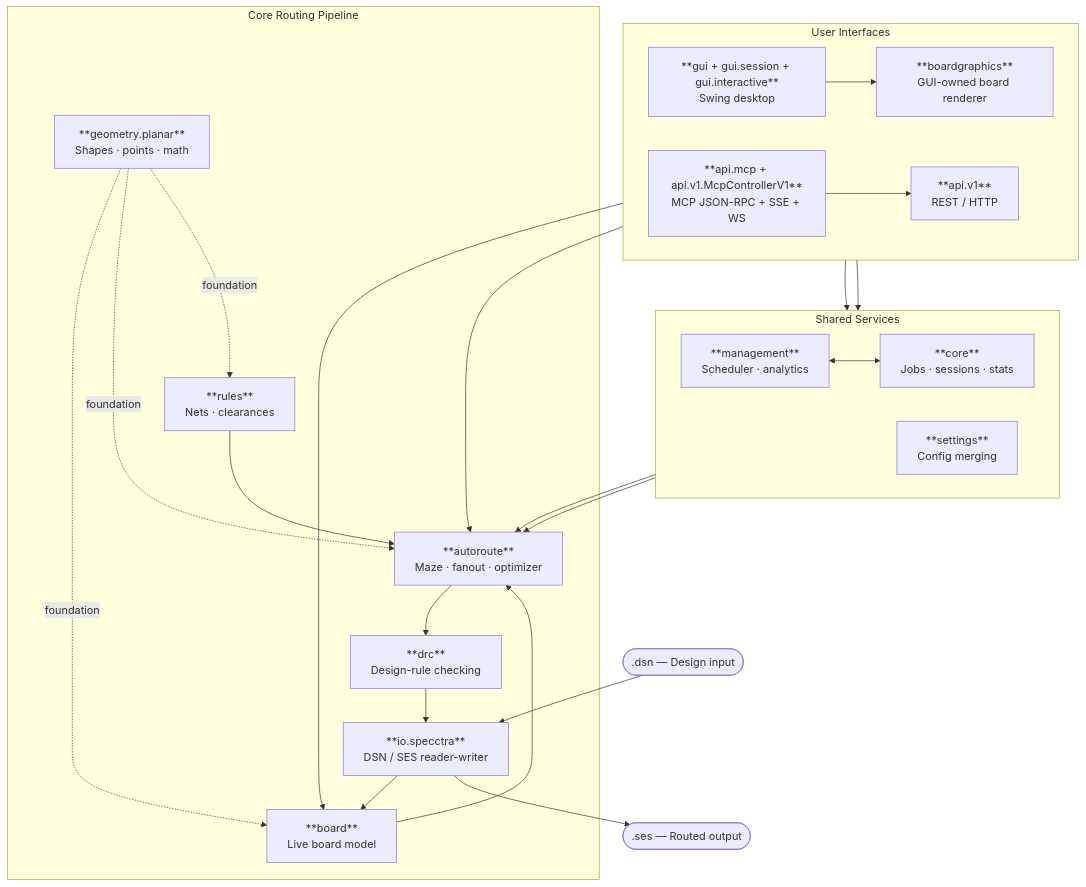
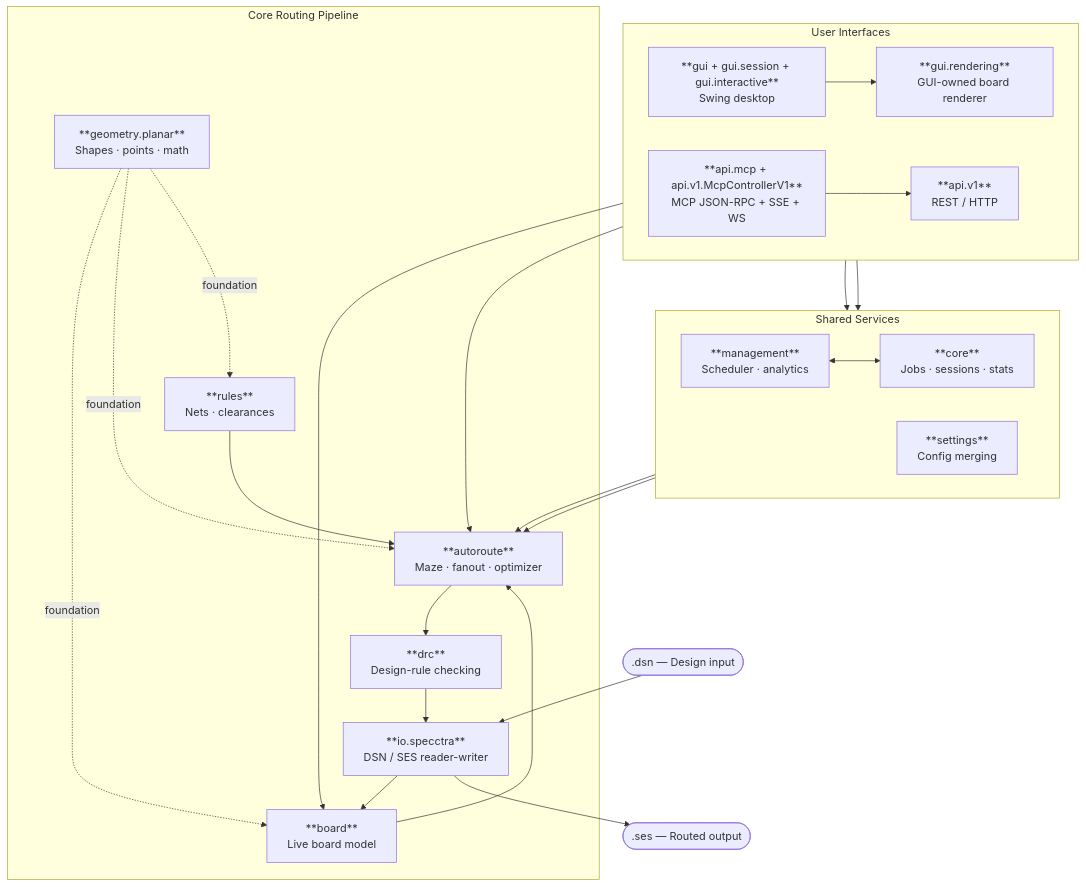
The diagram in docs/architecture.md (freerouting/freerouting), drawn with Mermaid before and after one commit. The commit also changed other lines of this file and 82 other files, not shown here.

First line of the commit message:
Move rendering into GUI-owned package

````diff
--- a/docs/architecture.md
+++ b/docs/architecture.md
@@ -15,46 +15,46 @@
 ```mermaid
 flowchart TD
     DSN([".dsn — Design input"])
     SES([".ses — Routed output"])
 
     subgraph interfaces ["User Interfaces"]
         direction LR
         GUI["**gui + gui.session + gui.interactive**\nSwing desktop"]
-        RENDER["**boardgraphics**\nGUI-owned board renderer"]
+        RENDER["**gui.rendering**\nGUI-owned board renderer"]
         API["**api.v1**\nREST / HTTP"]
         MCP["**api.mcp + api.v1.McpControllerV1**\nMCP JSON-RPC + SSE + WS"]
     end
 
     subgraph services ["Shared Services"]
         direction LR
         MGMT["**management**\nScheduler · analytics"]
         CORE["**core**\nJobs · sessions · stats"]
         CFG["**settings**\nConfig merging"]
     end
 
     subgraph pipeline ["Core Routing Pipeline"]
         IO["**io.specctra**\nDSN / SES reader-writer"]
         BOARD["**board**\nLive board model"]
         RULES["**rules**\nNets · clearances"]
         AR["**autoroute**\nMaze · fanout · optimizer"]
         DRC["**drc**\nDesign-rule checking"]
         GEO["**geometry.planar**\nShapes · points · math"]
     end
 
     DSN --> IO --> BOARD
     RULES --> AR
     BOARD --> AR
     AR --> DRC --> IO --> SES
     GEO -. foundation .-> BOARD
     GEO -. foundation .-> AR
     GEO -. foundation .-> RULES
 
     GUI --> MGMT
     GUI --> RENDER --> BOARD
     RENDER --> AR
     API --> MGMT
     MCP --> API
     MGMT <--> CORE
     CFG --> AR
     CORE --> AR
 ```
````
